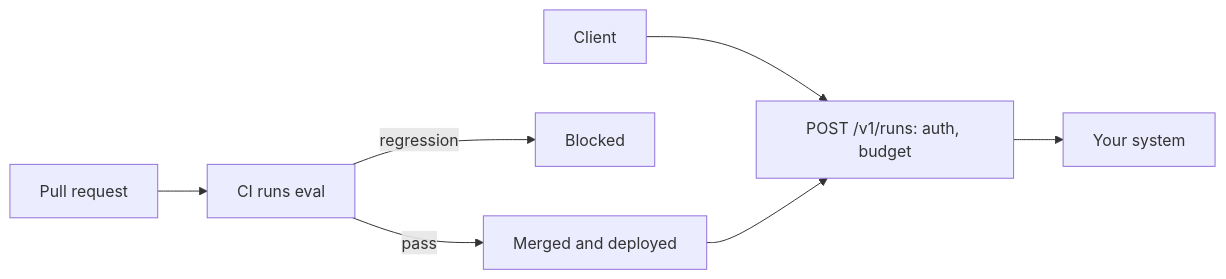
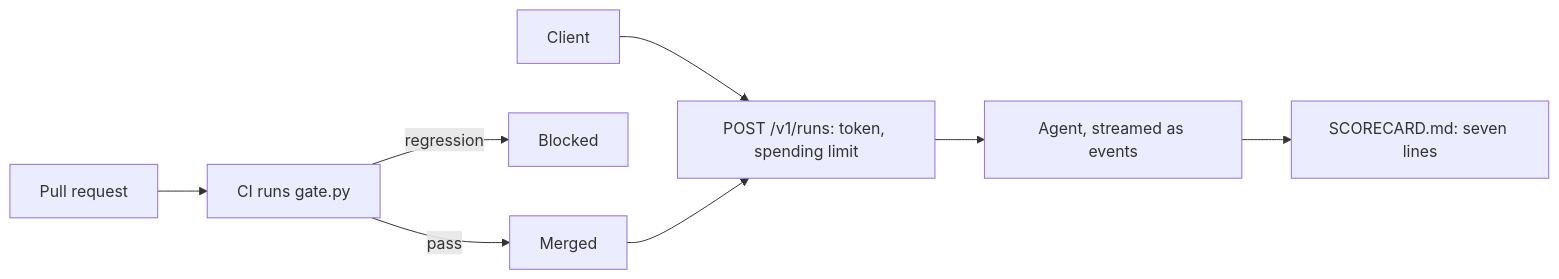
One commit to learnwithparam/applied-ai-cohort changed the diagram in parts/07-ship-it/README.md. Above: the diagram before and after it, drawn with Mermaid. The commit also changed other lines of this file and 334 other files, not shown here.

First line of the commit message:
Part 07: ship the agent as a service with a release gate (#9)

````diff
--- a/parts/07-ship-it/README.md
+++ b/parts/07-ship-it/README.md
@@ -23,9 +24,10 @@
 ```mermaid
 flowchart LR
-  A["Client"] --> B["POST /v1/runs: auth, budget"]
-  B --> C["Your system"]
-  D["Pull request"] --> E["CI runs eval"]
+  A["Client"] --> B["POST /v1/runs: token, spending limit"]
+  B --> C["Agent, streamed as events"]
+  D["Pull request"] --> E["CI runs gate.py"]
   E -- "regression" --> F["Blocked"]
-  E -- "pass" --> G["Merged and deployed"]
+  E -- "pass" --> G["Merged"]
   G --> B
+  C --> H["SCORECARD.md: seven lines"]
 ```
````
